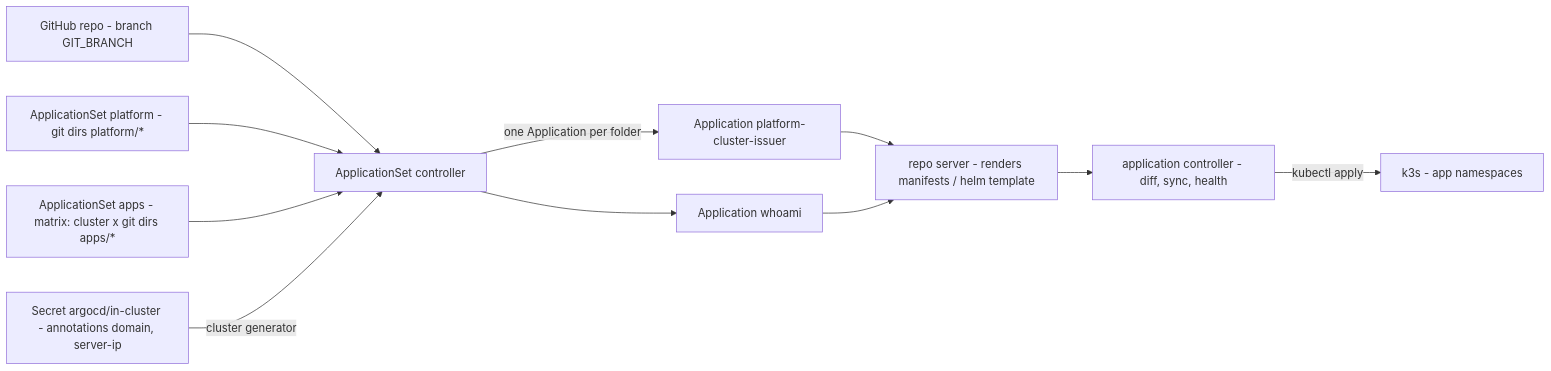
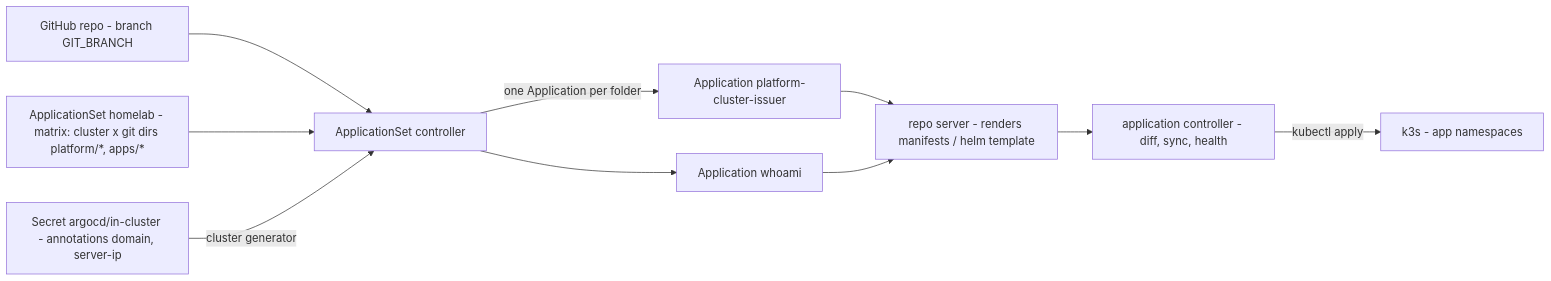
Before and after one commit to Elouel/homelab: the first of 2 diagrams in docs/gitops.md, drawn with Mermaid. The commit also changed other lines of this file and 29 other files, not shown here.

````diff
--- a/docs/gitops.md
+++ b/docs/gitops.md
@@ -9,13 +9,12 @@
 ```mermaid
 flowchart LR
   GH["GitHub repo - branch GIT_BRANCH"] --> ASC["ApplicationSet controller"]
-  ASP["ApplicationSet platform - git dirs platform/*"] --> ASC
-  ASA["ApplicationSet apps - matrix: cluster x git dirs apps/*"] --> ASC
+  AS["ApplicationSet homelab - matrix: cluster x git dirs platform/*, apps/*"] --> ASC
   CS["Secret argocd/in-cluster - annotations domain, server-ip"] -->|"cluster generator"| ASC
   ASC -->|"one Application per folder"| APP1["Application platform-cluster-issuer"]
   ASC --> APP2["Application whoami"]
   APP1 --> RS["repo server - renders manifests / helm template"]
   APP2 --> RS
   RS --> AC["application controller - diff, sync, health"]
   AC -->|"kubectl apply"| K["k3s - app namespaces"]
 ```
````
